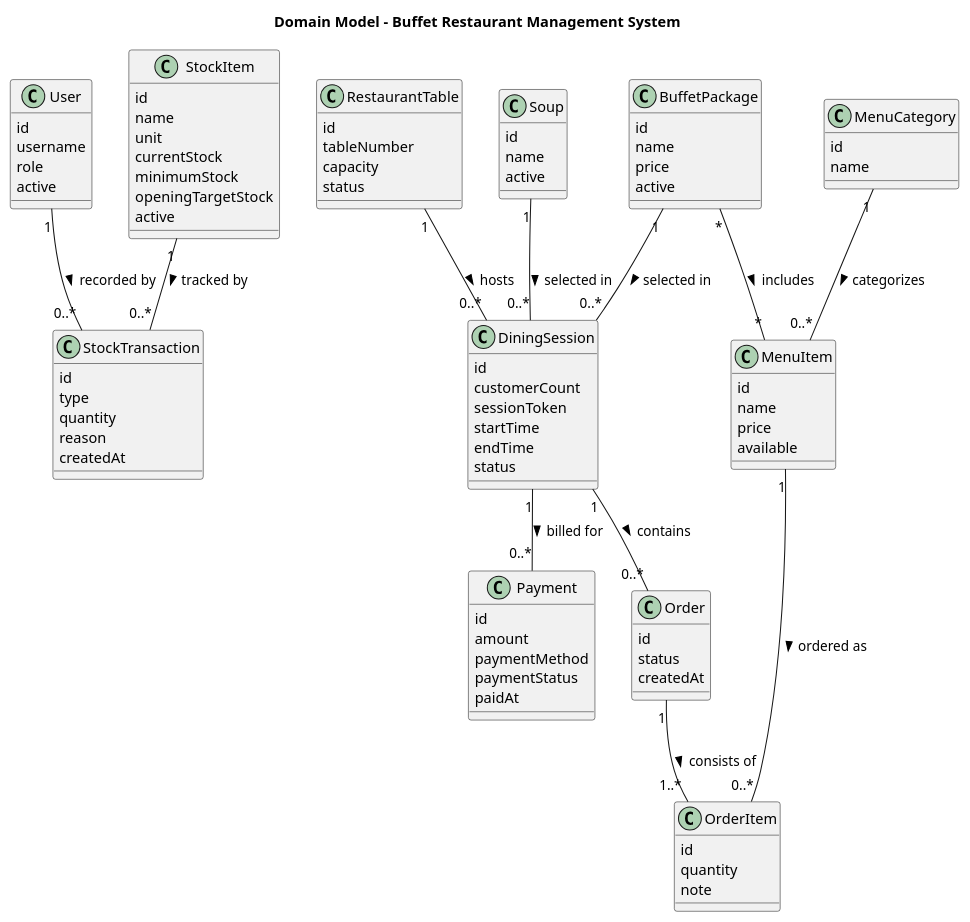
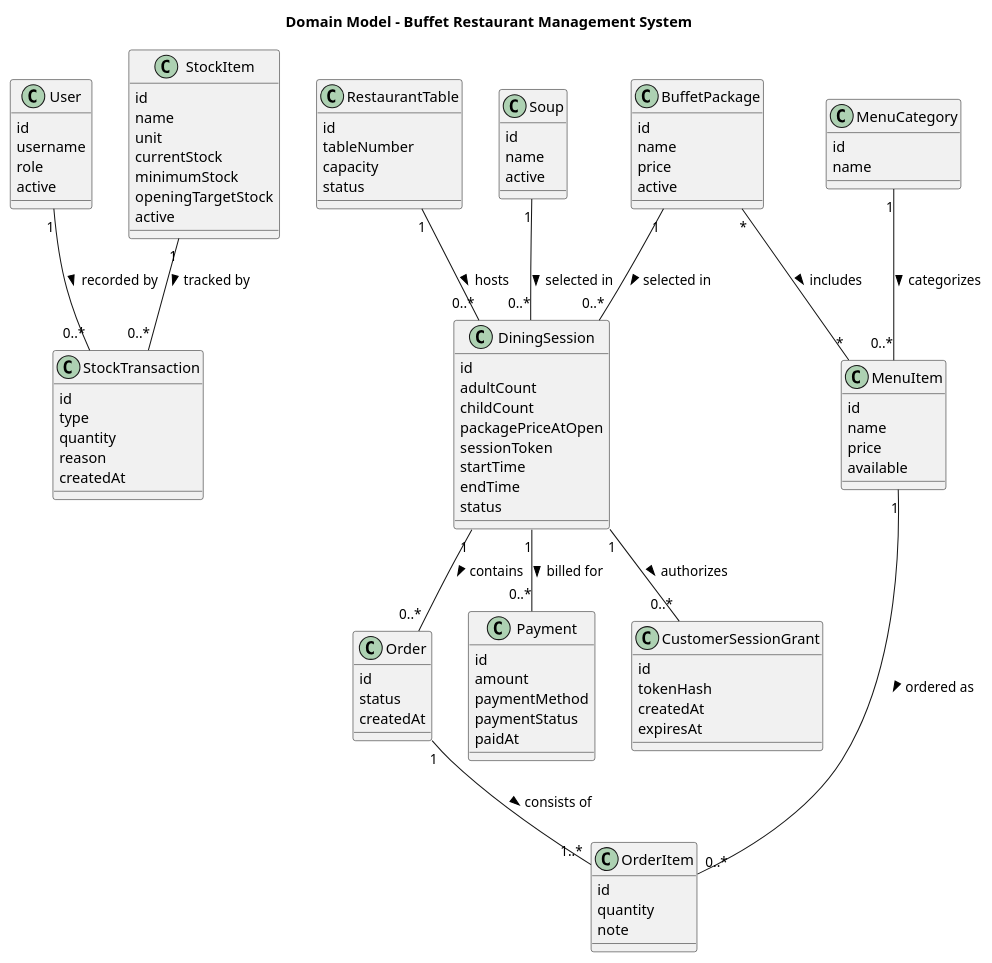
The diagram in doc/diagrams/domain-model.puml (PavaritPramual/buffet-restaurant-management-system), drawn with PlantUML before and after one commit. The commit also changed 9 other files, not shown here.

```diff
--- a/doc/diagrams/domain-model.puml
+++ b/doc/diagrams/domain-model.puml
@@ -1,109 +1,119 @@
 @startuml
 title Domain Model - Buffet Restaurant Management System
 
 skinparam classAttributeIconSize 0
 skinparam shadowing false
 
 class User {
     id
     username
     role
     active
 }
 
 class RestaurantTable {
     id
     tableNumber
     capacity
     status
 }
 
 class DiningSession {
     id
-    customerCount
+    adultCount
+    childCount
+    packagePriceAtOpen
     sessionToken
     startTime
     endTime
     status
+}
+
+class CustomerSessionGrant {
+    id
+    tokenHash
+    createdAt
+    expiresAt
 }
 
 class BuffetPackage {
     id
     name
     price
     active
 }
 
 class Soup {
     id
     name
     active
 }
 
 class MenuCategory {
     id
     name
 }
 
 class MenuItem {
     id
     name
     price
     available
 }
 
 class Order {
     id
     status
     createdAt
 }
 
 class OrderItem {
     id
     quantity
     note
 }
 
 class Payment {
     id
     amount
     paymentMethod
     paymentStatus
     paidAt
 }
 
 class StockItem {
     id
     name
     unit
     currentStock
     minimumStock
     openingTargetStock
     active
 }
 
 class StockTransaction {
     id
     type
     quantity
     reason
     createdAt
 }
 
 RestaurantTable "1" -- "0..*" DiningSession : hosts >
 BuffetPackage "1" -- "0..*" DiningSession : selected in >
 Soup "1" -- "0..*" DiningSession : selected in >
 
 BuffetPackage "*" -- "*" MenuItem : includes >
 MenuCategory "1" -- "0..*" MenuItem : categorizes >
 
 DiningSession "1" -- "0..*" Order : contains >
+DiningSession "1" -- "0..*" CustomerSessionGrant : authorizes >
 Order "1" -- "1..*" OrderItem : consists of >
 MenuItem "1" -- "0..*" OrderItem : ordered as >
 
 DiningSession "1" -- "0..*" Payment : billed for >
 
 StockItem "1" -- "0..*" StockTransaction : tracked by >
 User "1" -- "0..*" StockTransaction : recorded by >
 
 @enduml
```
